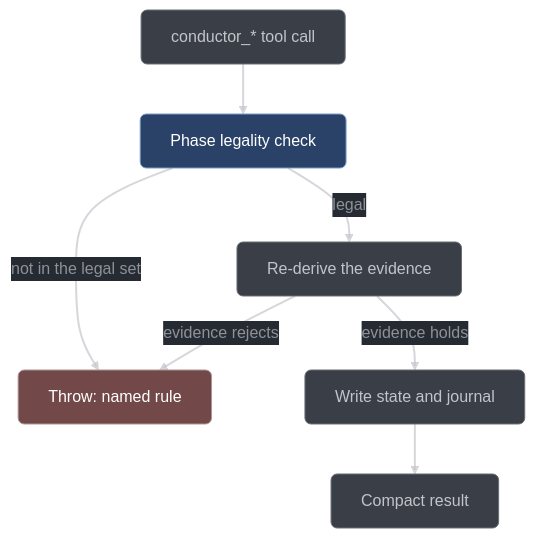
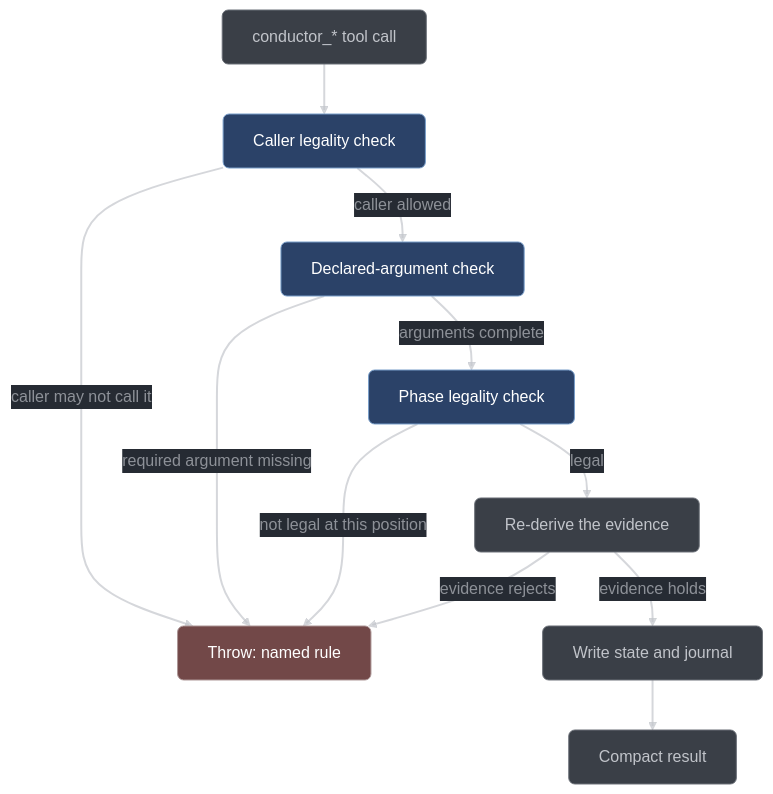
One commit to vorlac/llama-harness changed the diagram in docs/user/tool-reference.md. Above: the diagram before and after it, drawn with Mermaid. The commit also changed other lines of this file and 44 other files, not shown here.

Commit message:
global repo docs sync, corrections, added coverage/explanations, drift corrections, diagram layout improvements, etc

````diff
--- a/docs/user/tool-reference.md
+++ b/docs/user/tool-reference.md
@@ -30,47 +40,51 @@
 ```mermaid
 ---
 config:
     theme: 'base'
     curve: 'straight'
     themeVariables:
         darkMode: true
         clusterBkg: '#22272f62'
         clusterBorder: '#6a6f77ff'
         clusterTextColor: '#C1C4CAff'
         lineColor: '#C1C4CAAA'
         background: '#262B33'
         primaryColor: '#3a3f47ff'
         primaryTextColor: '#C1C4CAff'
         primaryBorderColor: '#6a6f77ff'
         primaryLabelBkg: '#262B33'
         secondaryColor: '#425f5fff'
         secondaryBorderColor: '#8c9c81ff'
         secondaryTextColor: '#C1C4CAff'
         tertiaryColor: '#4d4962ff'
         tertiaryBorderColor: '#8983a5ff'
         tertiaryTextColor: '#C1C4CAff'
         nodeTextColor: '#C1C4CA'
         defaultLinkColor: '#C1C4CA'
         edgeLabelBackground: '#262B33'
         labelTextColor: '#C1C4CA'
 ---
 flowchart TD
-    A["conductor_* tool call"] --> B["Phase legality check"]
-    B -->|not in the legal set| D["Throw: named rule"]
+    A["conductor_* tool call"] --> G["Caller legality check"]
+    G -->|caller may not call it| D["Throw: named rule"]
+    G -->|caller allowed| H["Declared-argument check"]
+    H -->|required argument missing| D
+    H -->|arguments complete| B["Phase legality check"]
+    B -->|not legal at this position| D
     B -->|legal| C["Re-derive the evidence"]
     C -->|evidence rejects| D
     C -->|evidence holds| E["Write state and journal"]
     E --> F["Compact result"]
 
     linkStyle default stroke:#C1C4CAaa,stroke-width:2px,color:#C1C4CAaa
 
     classDef neutral fill:#3a3f47,stroke:#6a6f77,color:#C1C4CA,rx:6,ry:6
     classDef accent  fill:#2b4268,stroke:#779DC9,color:#ffffff,rx:6,ry:6
     classDef err     fill:#724848,stroke:#ac9696,color:#ffffff,rx:6,ry:6
 
     class A,C,E,F neutral
-    class B accent
+    class G,H,B accent
     class D err
 
-%% Source: conductor/adapter/tools.ts:352-361
+%% Source: conductor/plugin/index.ts runTool; conductor/core/tool-legality.ts TOOL_LEGALITY
 ```
````
